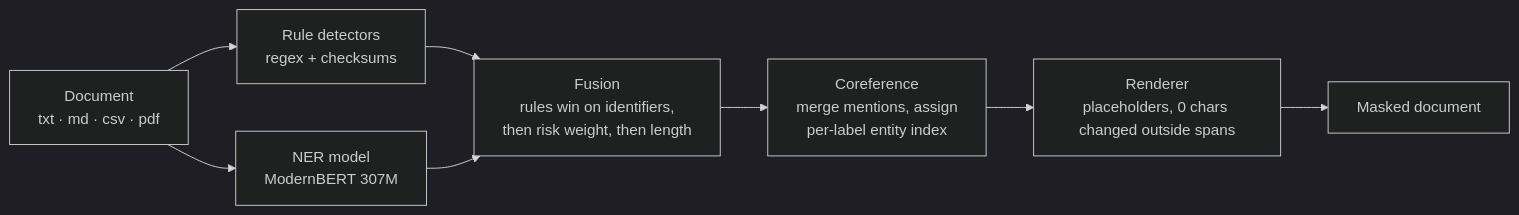
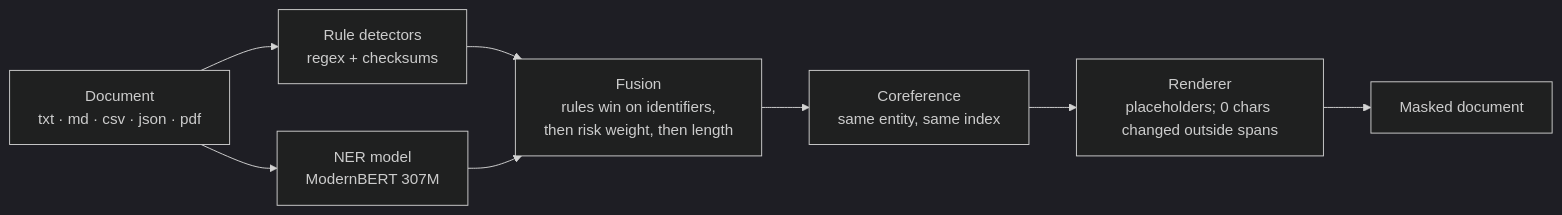
One commit to emgiezet/piitier changed the diagram in README.md. Above: the diagram before and after it, drawn with Mermaid (dark theme). The commit also changed other lines of this file and 7 other files, not shown here.

````diff
--- a/README.md
+++ b/README.md
@@ -223,10 +99,10 @@
 ```mermaid
 flowchart LR
-    A[Document<br/>txt · md · csv · pdf] --> B[Rule detectors<br/>regex + checksums]
+    A[Document<br/>txt · md · csv · json · pdf] --> B[Rule detectors<br/>regex + checksums]
     A --> C[NER model<br/>ModernBERT 307M]
     B --> D[Fusion<br/>rules win on identifiers,<br/>then risk weight, then length]
     C --> D
-    D --> G[Coreference<br/>merge mentions, assign<br/>per-label entity index]
-    G --> E[Renderer<br/>placeholders, 0 chars changed outside spans]
+    D --> G[Coreference<br/>same entity, same index]
+    G --> E[Renderer<br/>placeholders; 0 chars changed outside spans]
     E --> F[Masked document]
 ```
````
